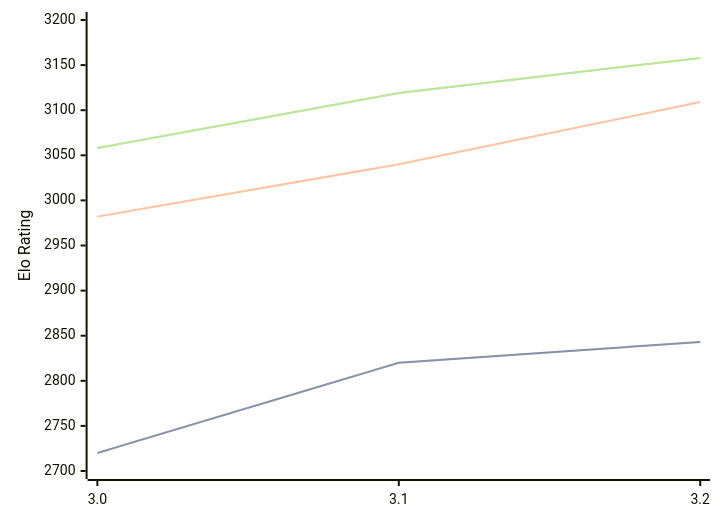
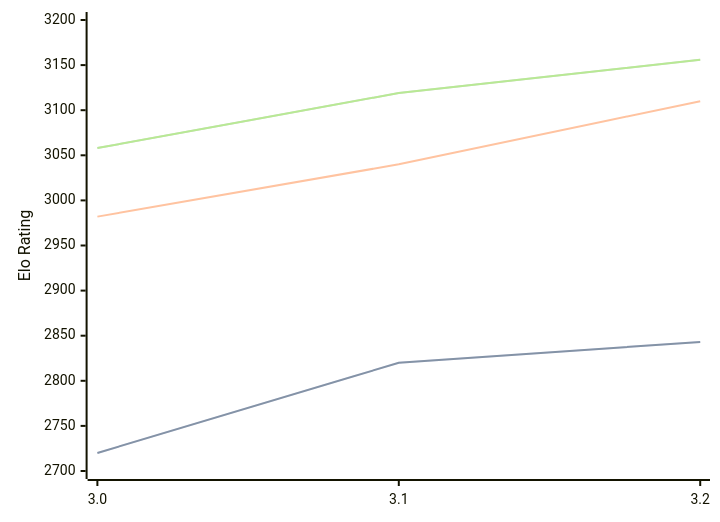
Before and after one commit to computer-chess-index/cci: the first of 3 diagrams in engines/Vajolet2.md, drawn with Mermaid. The commit also changed other lines of this file, not shown here.

Commit message:
Update CCI Ratings (ELO VLTC) - 2026-07-09

````diff
--- a/engines/Vajolet2.md
+++ b/engines/Vajolet2.md
@@ -41,11 +41,11 @@
 ```mermaid
 %%{init: {"theme":"base","themeVariables":{"seriesColors:['#a3a3a3','#222221','#faa371']}}}%%
 xychart-beta
   x-axis ["3.0", "3.1", "3.2"]
   y-axis "Elo Rating" 2700 --> 3200
   line "STC (8.0+0.08s)" [2720, 2820, 2843]
   line "STC (8.0+0.08s)" [2720, 2820, 2843]
-  line "LTC (60.0+0.60s)" [2982, 3040, 3109]
-  line "VLTC (2m24s+1.12s)" [3058, 3119, 3158]
-  line "VLTC (2m24s+1.12s)" [3058, 3119, 3158]
+  line "LTC (60.0+0.60s)" [2982, 3040, 3110]
+  line "VLTC (2m24s+1.12s)" [3058, 3119, 3156]
+  line "VLTC (2m24s+1.12s)" [3058, 3119, 3156]
 ```
````
